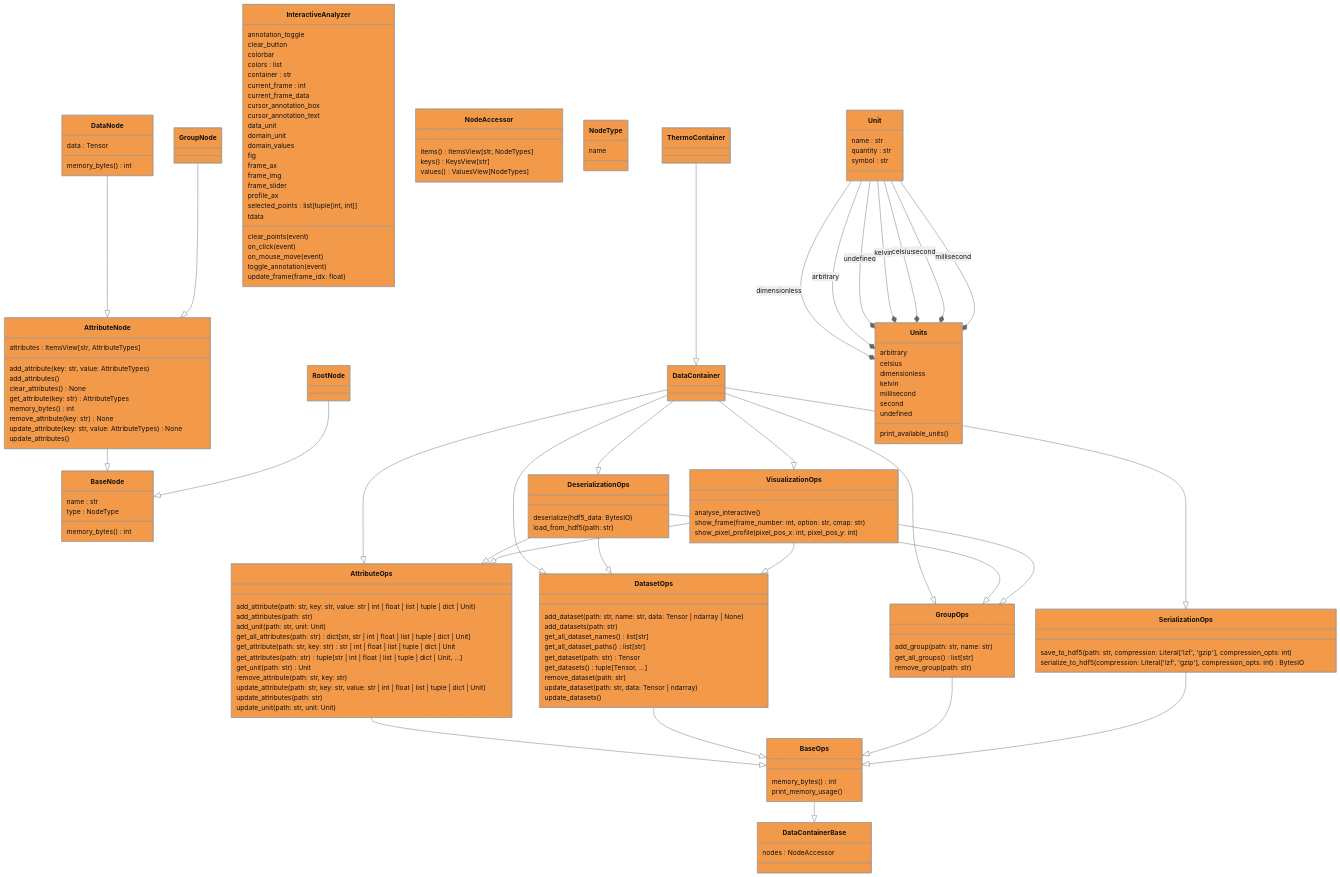
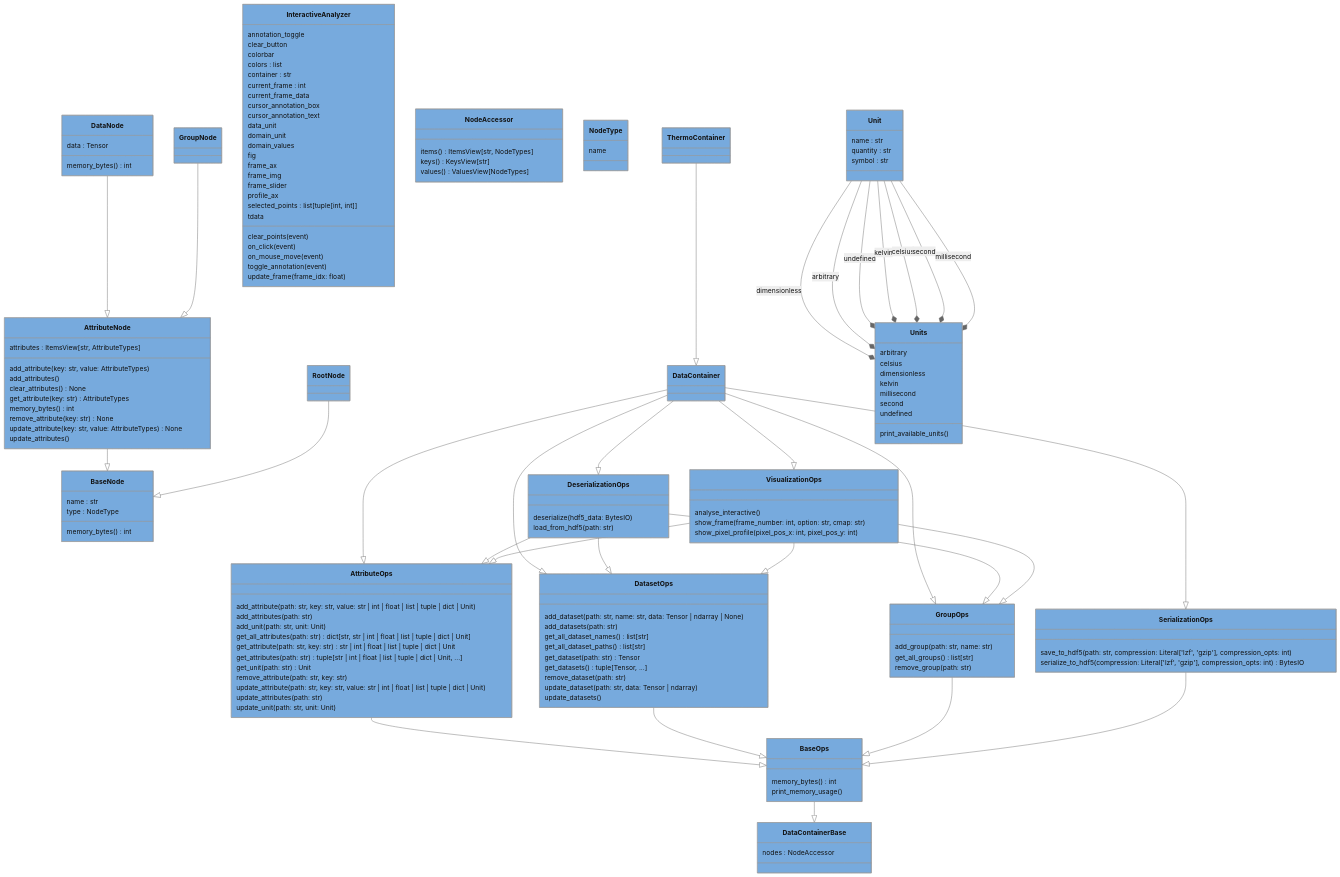
Before and after one commit to voidsy-gmbh/pyThermoNDT: the diagram in docs/pyreverse/mermaid/classes_pythermondt.data.mmd, drawn with Mermaid (neutral theme). The commit also changed 59 other files, not shown here.

Commit message:
Update mermaid diagrams

```diff
--- a/docs/pyreverse/mermaid/classes_pythermondt.data.mmd
+++ b/docs/pyreverse/mermaid/classes_pythermondt.data.mmd
@@ -1,176 +1,176 @@
 classDiagram
   class AttributeNode {
     attributes : ItemsView[str, AttributeTypes]
     add_attribute(key: str, value: AttributeTypes)
     add_attributes()
     clear_attributes() None
     get_attribute(key: str) AttributeTypes
     memory_bytes() int
     remove_attribute(key: str) None
     update_attribute(key: str, value: AttributeTypes) None
     update_attributes()
   }
-  style AttributeNode fill:#F2994A
+  style AttributeNode fill:#77AADD
   class AttributeOps {
     add_attribute(path: str, key: str, value: str | int | float | list | tuple | dict | Unit)
     add_attributes(path: str)
     add_unit(path: str, unit: Unit)
     get_all_attributes(path: str) dict[str, str | int | float | list | tuple | dict | Unit]
     get_attribute(path: str, key: str) str | int | float | list | tuple | dict | Unit
     get_attributes(path: str) tuple[str | int | float | list | tuple | dict | Unit, ...]
     get_unit(path: str) Unit
     remove_attribute(path: str, key: str)
     update_attribute(path: str, key: str, value: str | int | float | list | tuple | dict | Unit)
     update_attributes(path: str)
     update_unit(path: str, unit: Unit)
   }
-  style AttributeOps fill:#F2994A
+  style AttributeOps fill:#77AADD
   class BaseNode {
     name : str
     type : NodeType
     memory_bytes() int
   }
-  style BaseNode fill:#F2994A
+  style BaseNode fill:#77AADD
   class BaseOps {
     memory_bytes() int
     print_memory_usage()
   }
-  style BaseOps fill:#F2994A
+  style BaseOps fill:#77AADD
   class DataContainer {
   }
-  style DataContainer fill:#F2994A
+  style DataContainer fill:#77AADD
   class DataContainerBase {
     nodes : NodeAccessor
   }
-  style DataContainerBase fill:#F2994A
+  style DataContainerBase fill:#77AADD
   class DataNode {
     data : Tensor
     memory_bytes() int
   }
-  style DataNode fill:#F2994A
+  style DataNode fill:#77AADD
   class DatasetOps {
     add_dataset(path: str, name: str, data: Tensor | ndarray | None)
     add_datasets(path: str)
     get_all_dataset_names() list[str]
     get_all_dataset_paths() list[str]
     get_dataset(path: str) Tensor
     get_datasets() tuple[Tensor, ...]
     remove_dataset(path: str)
     update_dataset(path: str, data: Tensor | ndarray)
     update_datasets()
   }
-  style DatasetOps fill:#F2994A
+  style DatasetOps fill:#77AADD
   class DeserializationOps {
     deserialize(hdf5_data: BytesIO)
     load_from_hdf5(path: str)
   }
-  style DeserializationOps fill:#F2994A
+  style DeserializationOps fill:#77AADD
   class GroupNode {
   }
-  style GroupNode fill:#F2994A
+  style GroupNode fill:#77AADD
   class GroupOps {
     add_group(path: str, name: str)
     get_all_groups() list[str]
     remove_group(path: str)
   }
-  style GroupOps fill:#F2994A
+  style GroupOps fill:#77AADD
   class InteractiveAnalyzer {
     annotation_toggle
     clear_button
     colorbar
     colors : list
     container : str
     current_frame : int
     current_frame_data
     cursor_annotation_box
     cursor_annotation_text
     data_unit
     domain_unit
     domain_values
     fig
     frame_ax
     frame_img
     frame_slider
     profile_ax
     selected_points : list[tuple[int, int]]
     tdata
     clear_points(event)
     on_click(event)
     on_mouse_move(event)
     toggle_annotation(event)
     update_frame(frame_idx: float)
   }
-  style InteractiveAnalyzer fill:#F2994A
+  style InteractiveAnalyzer fill:#77AADD
   class NodeAccessor {
     items() ItemsView[str, NodeTypes]
     keys() KeysView[str]
     values() ValuesView[NodeTypes]
   }
-  style NodeAccessor fill:#F2994A
+  style NodeAccessor fill:#77AADD
   class NodeType {
     name
   }
-  style NodeType fill:#F2994A
+  style NodeType fill:#77AADD
   class RootNode {
   }
-  style RootNode fill:#F2994A
+  style RootNode fill:#77AADD
   class SerializationOps {
     save_to_hdf5(path: str, compression: Literal['lzf', 'gzip'], compression_opts: int)
     serialize_to_hdf5(compression: Literal['lzf', 'gzip'], compression_opts: int) BytesIO
   }
-  style SerializationOps fill:#F2994A
+  style SerializationOps fill:#77AADD
   class ThermoContainer {
   }
-  style ThermoContainer fill:#F2994A
+  style ThermoContainer fill:#77AADD
   class Unit {
     name : str
     quantity : str
     symbol : str
   }
-  style Unit fill:#F2994A
+  style Unit fill:#77AADD
   class Units {
     arbitrary
     celsius
     dimensionless
     kelvin
     millisecond
     second
     undefined
     print_available_units()
   }
-  style Units fill:#F2994A
+  style Units fill:#77AADD
   class VisualizationOps {
     analyse_interactive()
     show_frame(frame_number: int, option: str, cmap: str)
     show_pixel_profile(pixel_pos_x: int, pixel_pos_y: int)
   }
-  style VisualizationOps fill:#F2994A
+  style VisualizationOps fill:#77AADD
   AttributeOps --|> BaseOps
   BaseOps --|> DataContainerBase
   DataContainer --|> AttributeOps
   DataContainer --|> DatasetOps
   DataContainer --|> GroupOps
   DataContainer --|> DeserializationOps
   DataContainer --|> SerializationOps
   DataContainer --|> VisualizationOps
   DatasetOps --|> BaseOps
   GroupOps --|> BaseOps
   AttributeNode --|> BaseNode
   DataNode --|> AttributeNode
   GroupNode --|> AttributeNode
   RootNode --|> BaseNode
   DeserializationOps --|> AttributeOps
   DeserializationOps --|> DatasetOps
   DeserializationOps --|> GroupOps
   SerializationOps --|> BaseOps
   VisualizationOps --|> AttributeOps
   VisualizationOps --|> DatasetOps
   VisualizationOps --|> GroupOps
   ThermoContainer --|> DataContainer
   Unit --* Units : dimensionless
   Unit --* Units : arbitrary
   Unit --* Units : undefined
   Unit --* Units : kelvin
   Unit --* Units : celsius
   Unit --* Units : second
   Unit --* Units : millisecond
```
